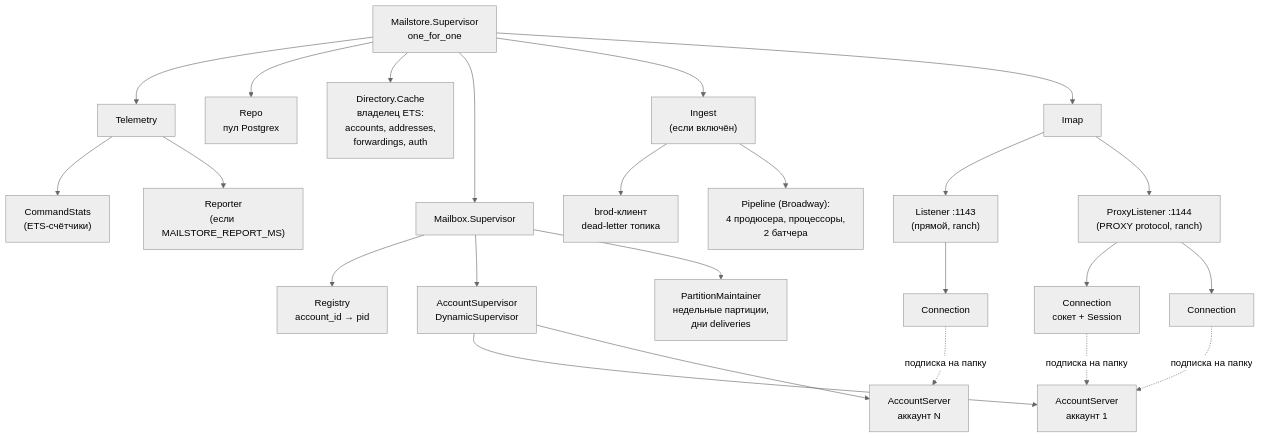
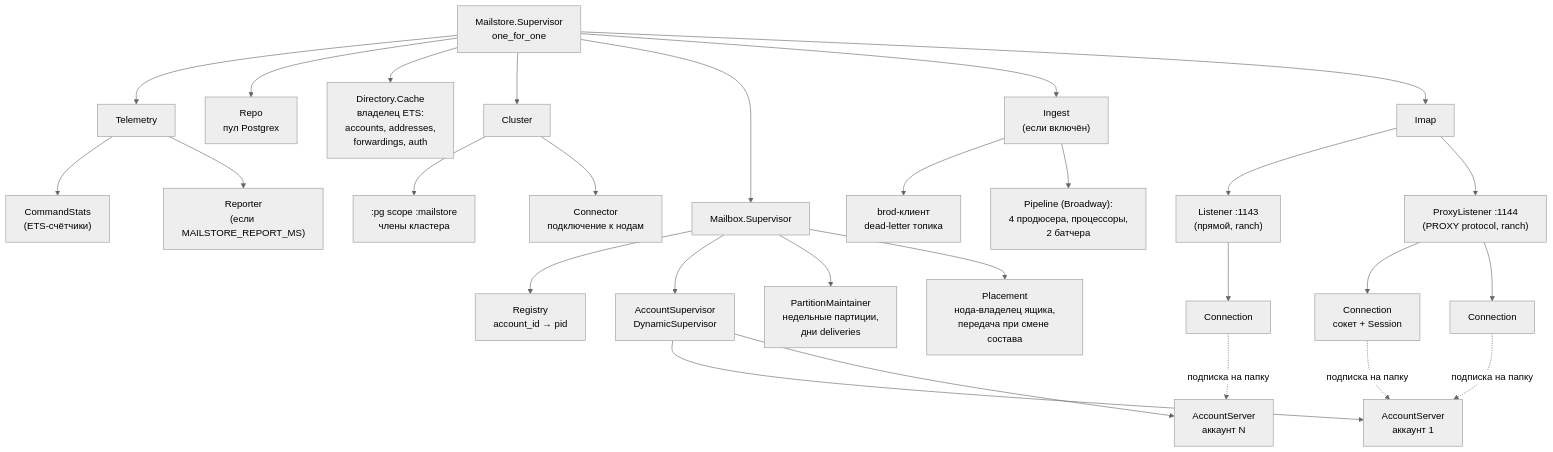
One commit to ichi404gh/mailstore changed the second of 7 diagrams in docs/architecture.md. Above: the diagram before and after it, drawn with Mermaid (neutral theme). The commit also changed other lines of this file and 8 other files, not shown here.

````diff
--- a/docs/architecture.md
+++ b/docs/architecture.md
@@ -67,34 +67,39 @@
 ```mermaid
 flowchart TB
   app["Mailstore.Supervisor<br/>one_for_one"]
 
   app --> tel["Telemetry"]
   tel --> cs["CommandStats<br/>(ETS-счётчики)"]
   tel --> rep["Reporter<br/>(если MAILSTORE_REPORT_MS)"]
 
   app --> repo["Repo<br/>пул Postgrex"]
 
   app --> dc["Directory.Cache<br/>владелец ETS:<br/>accounts, addresses,<br/>forwardings, auth"]
 
+  app --> cl["Cluster"]
+  cl --> pg[":pg scope :mailstore<br/>члены кластера"]
+  cl --> con["Connector<br/>подключение к нодам"]
+
   app --> ms["Mailbox.Supervisor"]
   ms --> reg["Registry<br/>account_id → pid"]
   ms --> asup["AccountSupervisor<br/>DynamicSupervisor"]
   asup --> a1["AccountServer<br/>аккаунт 1"]
   asup --> a2["AccountServer<br/>аккаунт N"]
   ms --> pm["PartitionMaintainer<br/>недельные партиции,<br/>дни deliveries"]
+  ms --> place["Placement<br/>нода-владелец ящика,<br/>передача при смене состава"]
 
   app --> ing["Ingest<br/>(если включён)"]
   ing --> dl["brod-клиент<br/>dead-letter топика"]
   ing --> pipe["Pipeline (Broadway):<br/>4 продюсера, процессоры,<br/>2 батчера"]
 
   app --> imap["Imap"]
   imap --> l1["Listener :1143<br/>(прямой, ranch)"]
   imap --> l2["ProxyListener :1144<br/>(PROXY protocol, ranch)"]
   l2 --> c1["Connection<br/>сокет + Session"]
   l2 --> c2["Connection"]
   l1 --> c3["Connection"]
 
   c1 -. "подписка на папку" .-> a1
   c2 -. "подписка на папку" .-> a1
   c3 -. "подписка на папку" .-> a2
 ```
````
